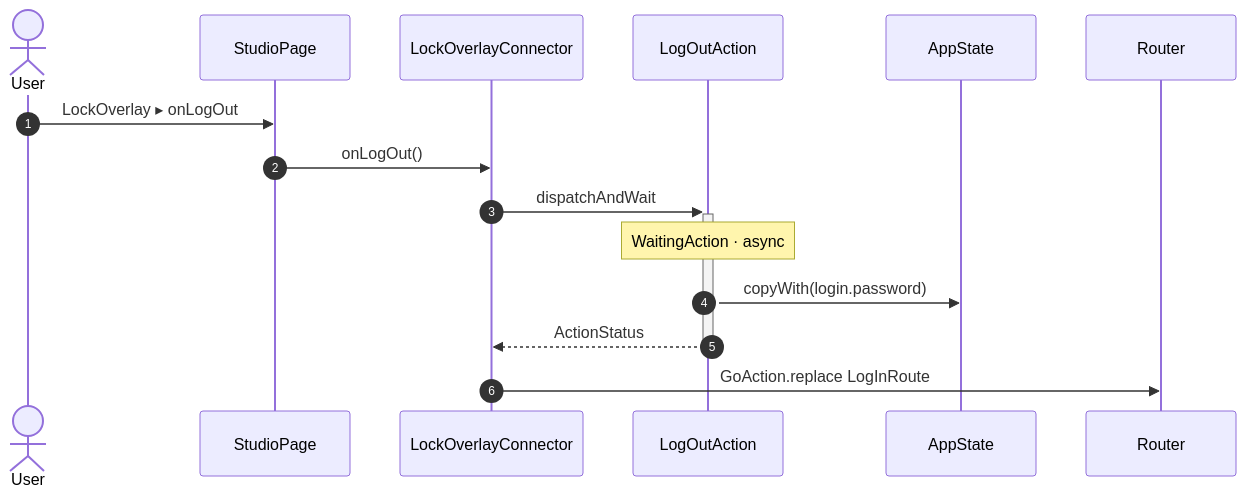
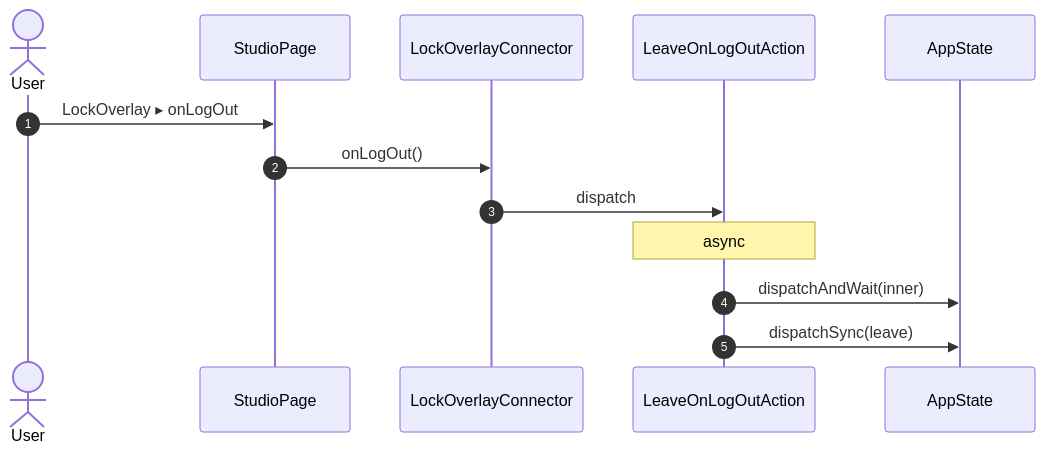
Before and after one commit to gencto/wyrm: diagram 16 of 17 in studio/docs/flows/studio.md, drawn with Mermaid. The commit also changed other lines of this file and 90 other files, not shown here.

First line of the commit message:
studio: log-in: typed values, words in ui, one action per intent

````diff
--- a/studio/docs/flows/studio.md
+++ b/studio/docs/flows/studio.md
@@ -297,18 +287,16 @@
 ```mermaid
 sequenceDiagram
     autonumber
     actor User
     participant UI as StudioPage
     participant R1 as LockOverlayConnector
-    participant A1 as LogOutAction
+    participant A1 as LeaveOnLogOutAction
     participant ST as AppState
-    participant NAV as Router
 
     User->>UI: LockOverlay ▸ onLogOut
     UI->>R1: onLogOut()
-    R1->>+A1: dispatchAndWait
-    Note over A1: WaitingAction · async
-    A1->>ST: copyWith(login.password)
-    A1-->>-R1: ActionStatus
-    R1->>NAV: GoAction.replace LogInRoute
+    R1->>A1: dispatch
+    Note over A1: async
+    A1->>ST: dispatchAndWait(inner)
+    A1->>ST: dispatchSync(leave)
 ```
````
